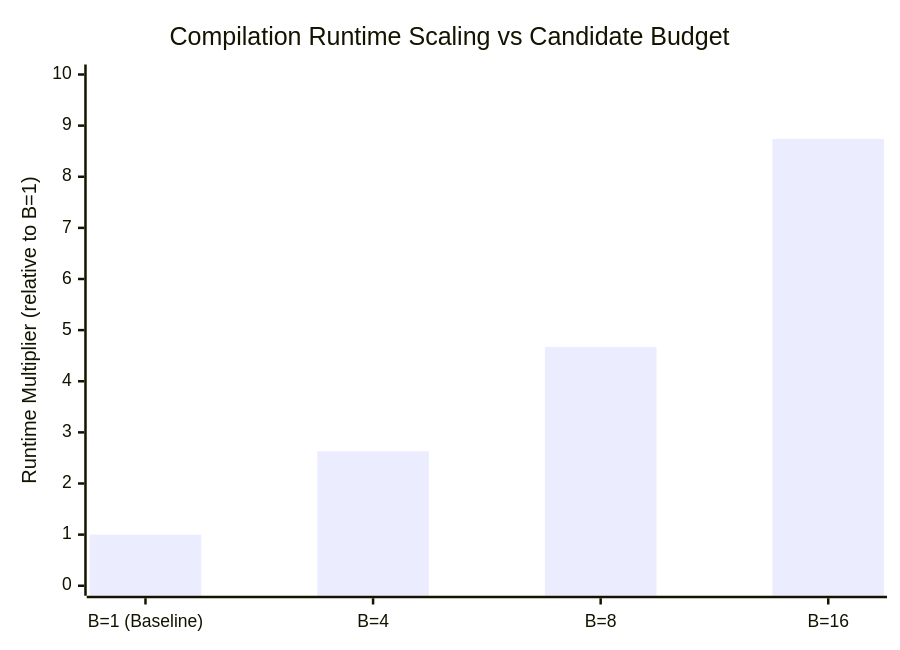
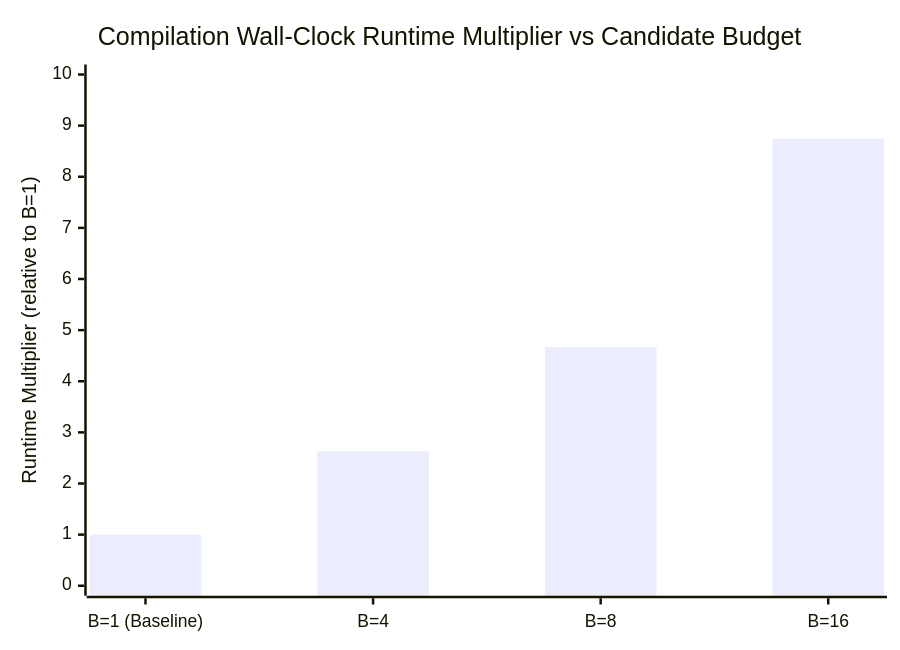
Before and after one commit to 000jitendra000/QCC_Quantum_Circuit_Compiler: the diagram in docs/routing-search-results.md, drawn with Mermaid. The commit also changed other lines of this file and 6 other files, not shown here.

````diff
--- a/docs/routing-search-results.md
+++ b/docs/routing-search-results.md
@@ -108,7 +167,7 @@
 ```mermaid
 xychart-beta
-    title "Compilation Runtime Scaling vs Candidate Budget"
+    title "Compilation Wall-Clock Runtime Multiplier vs Candidate Budget"
     x-axis ["B=1 (Baseline)", "B=4", "B=8", "B=16"]
     y-axis "Runtime Multiplier (relative to B=1)" 0 --> 10
     bar [1.0, 2.63, 4.67, 8.74]
 ```
````
